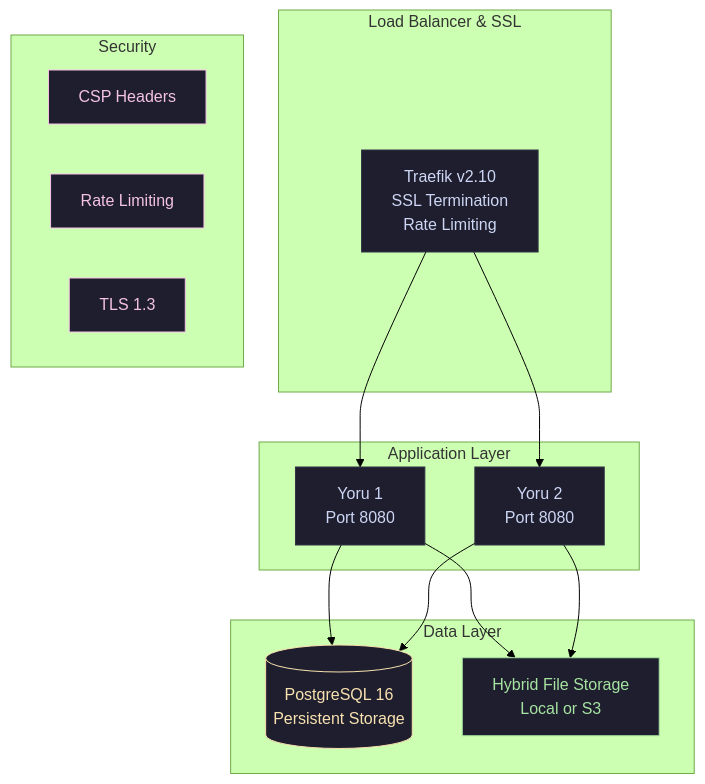
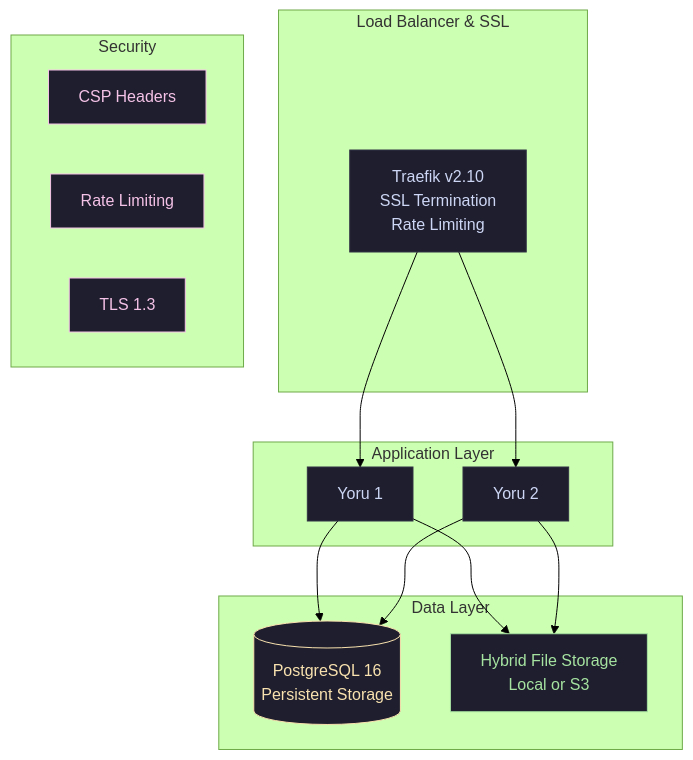
Before and after one commit to ryu-ryuk/yoru-pastebin: the diagram in README.md, drawn with Mermaid (forest theme).

````diff
--- a/README.md
+++ b/README.md
@@ -156,38 +156,38 @@
 ```mermaid
 graph TB
 
     %% define graph nodes
     subgraph "Load Balancer & SSL"
         LB[Traefik v2.10<br/>SSL Termination<br/>Rate Limiting]
     end
 
     subgraph "Application Layer"
-        LB --> APP1[Yoru 1<br/>Port 8080]
-        LB --> APP2[Yoru 2<br/>Port 8080]
+        LB --> APP1[Yoru 1<br/>]
+        LB --> APP2[Yoru 2<br/>]
     end
 
     subgraph "Data Layer"
         APP1 --> DB[(PostgreSQL 16<br/>Persistent Storage)]
         APP2 --> DB
         APP1 --> FS[Hybrid File Storage<br/>Local or S3]
         APP2 --> FS
     end
 
     subgraph "Security"
         SEC1[CSP Headers]
         SEC2[Rate Limiting]
         SEC3[TLS 1.3]
     end
 
     %% assign classes
     classDef mocha fill:#1e1e2e,stroke:#313244,color:#cdd6f4;
     classDef blue fill:#1e1e2e,stroke:#89b4fa,color:#89b4fa;
     classDef pink fill:#1e1e2e,stroke:#f5c2e7,color:#f5c2e7;
     classDef green fill:#1e1e2e,stroke:#a6e3a1,color:#a6e3a1;
     classDef yellow fill:#1e1e2e,stroke:#f9e2af,color:#f9e2af;
 
     class LB,APP1,APP2 mocha;
     class DB yellow;
     class FS green;
     class SEC1,SEC2,SEC3 pink;
 ```
````
